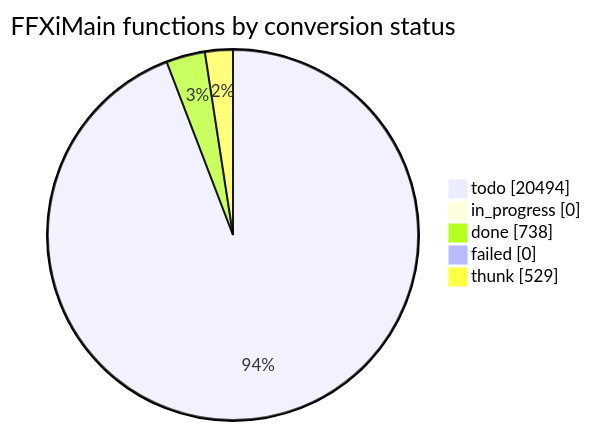
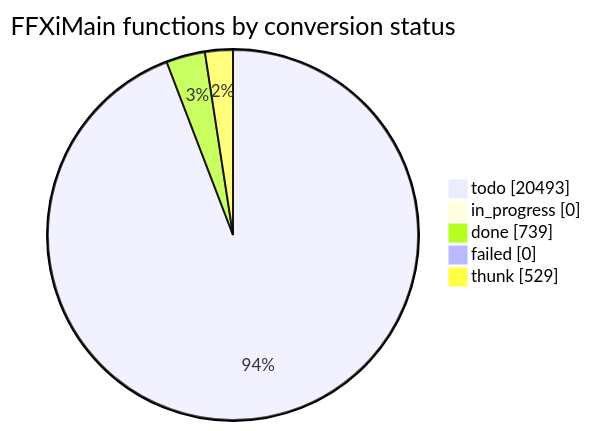
The diagram in docs/cow/STATUS.md (cowrevenge/cow_kuluu_xi_anything), drawn with Mermaid before and after one commit. The commit also changed other lines of this file and 9 other files, not shown here.

````diff
--- a/docs/cow/STATUS.md
+++ b/docs/cow/STATUS.md
@@ -18,9 +18,9 @@
 ```mermaid
 pie showData
     title FFXiMain functions by conversion status
-    "todo" : 20494
+    "todo" : 20493
     "in_progress" : 0
-    "done" : 738
+    "done" : 739
     "failed" : 0
     "thunk" : 529
 ```
````
